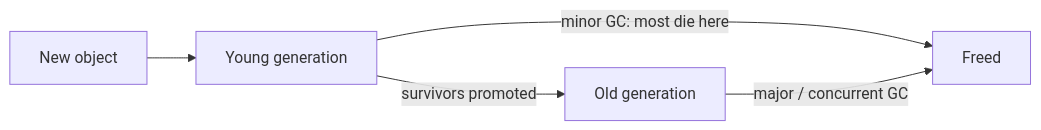
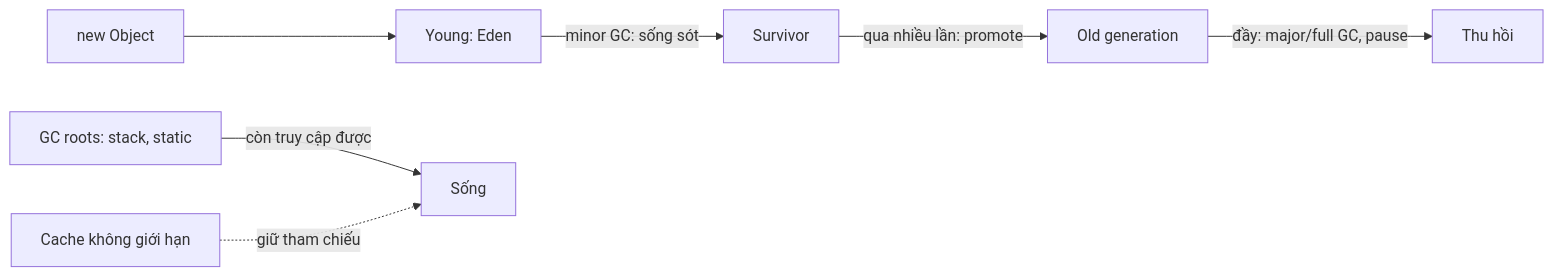
The diagram in src/assets/knowledge/playbooks/fundamentals/memory-management-gc.md (passion-Infinity/personal-tech-playbook), drawn with Mermaid before and after one commit. The commit also changed other lines of this file and 5 other files, not shown here.

````diff
--- a/src/assets/knowledge/playbooks/fundamentals/memory-management-gc.md
+++ b/src/assets/knowledge/playbooks/fundamentals/memory-management-gc.md
@@ -15,7 +38,9 @@
 ```mermaid
 flowchart LR
-    N[New object] --> Y["Young generation"]
-    Y -->|"minor GC: most die here"| D[Freed]
-    Y -->|"survivors promoted"| O["Old generation"]
-    O -->|"major / concurrent GC"| D
+    NEW["new Object"] --> E["Young: Eden"]
+    E -->|"minor GC: sống sót"| S["Survivor"]
+    S -->|"qua nhiều lần: promote"| O["Old generation"]
+    O -->|"đầy: major/full GC, pause"| GC["Thu hồi"]
+    ROOT["GC roots: stack, static"] -->|"còn truy cập được"| LIVE["Sống"]
+    LEAK["Cache không giới hạn"] -.->|"giữ tham chiếu"| LIVE
 ```
````
